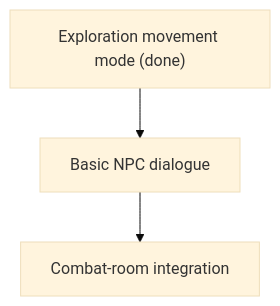
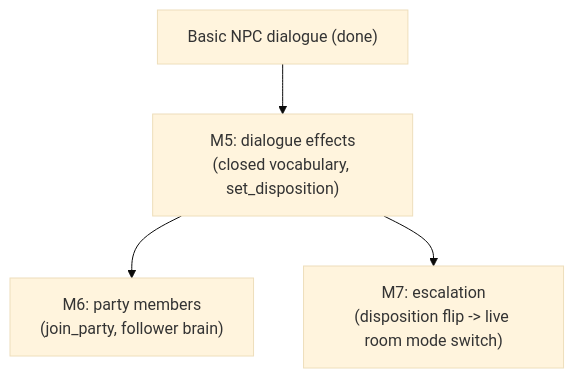
The diagram in docs/ROADMAP.md (GoldenWind8/roguelike-mvp), drawn with Mermaid (base theme) before and after one commit. The commit also changed other lines of this file and 22 other files, not shown here.

First line of the commit message:
Milestone 4: NPC dialogue + individual persistence

````diff
--- a/docs/ROADMAP.md
+++ b/docs/ROADMAP.md
@@ -29,5 +30,6 @@
 ```mermaid
 flowchart TD
-    D["Exploration movement mode (done)"] --> E["Basic NPC dialogue"]
-    E --> F["Combat-room integration"]
+    E["Basic NPC dialogue (done)"] --> F["M5: dialogue effects<br/>(closed vocabulary, set_disposition)"]
+    F --> G["M6: party members<br/>(join_party, follower brain)"]
+    F --> H["M7: escalation<br/>(disposition flip -> live room mode switch)"]
 ```
````
